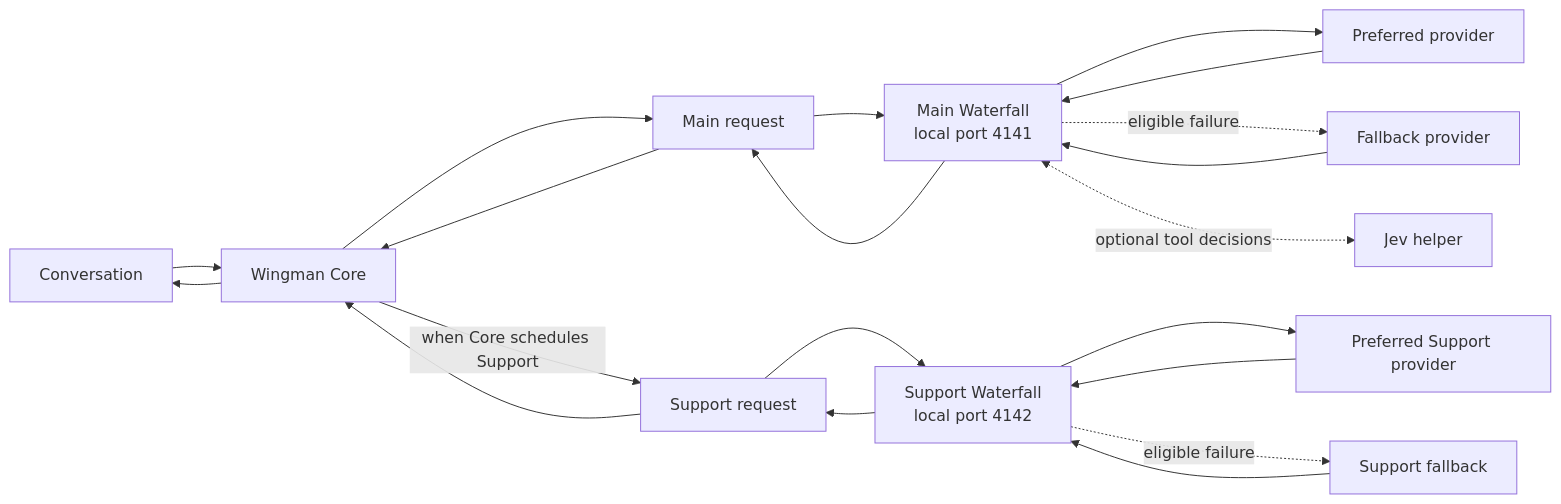
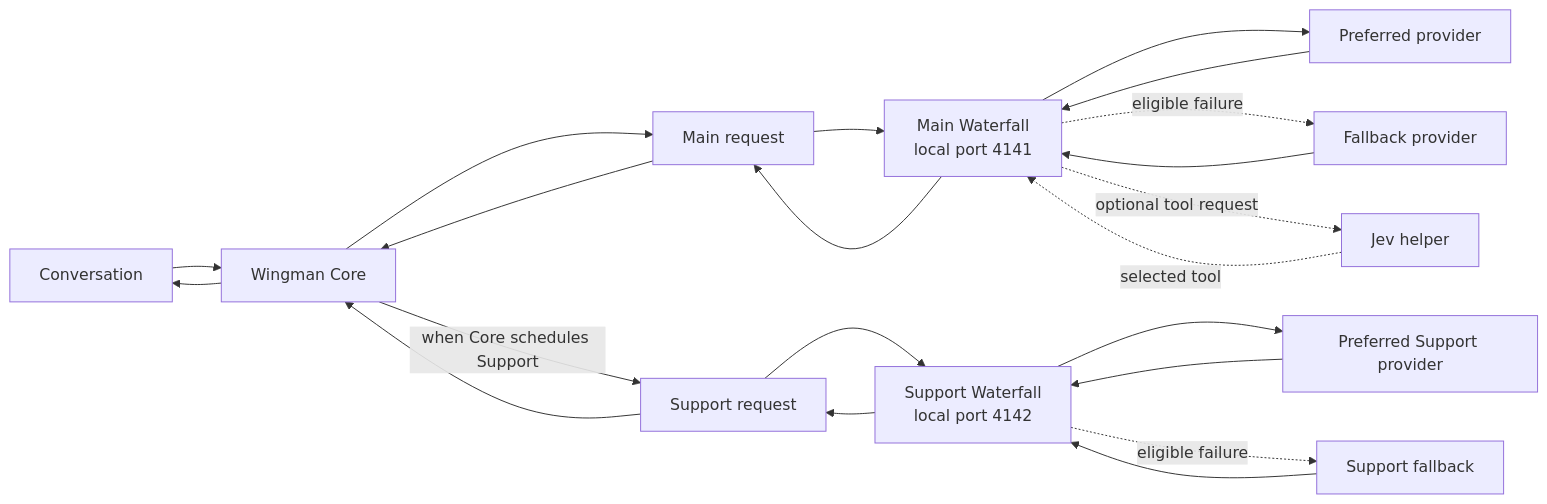
Before and after one commit to Fowlplaychiken/SC-Wingman-API-Waterfall: the diagram in README.md, drawn with Mermaid.

Commit message:
Clarify optional decision request and result flow

````diff
--- a/README.md
+++ b/README.md
@@ -14,22 +14,23 @@
 ```mermaid
 flowchart LR
     U[Conversation] --> C[Wingman Core]
     C --> M[Main request]
     M --> MAPI[Main Waterfall<br/>local port 4141]
     MAPI --> MP[Preferred provider]
     MAPI -. eligible failure .-> MB[Fallback provider]
     MP --> MAPI
     MB --> MAPI
     MAPI --> M
     M --> C
     C -->|when Core schedules Support| S[Support request]
     S --> SAPI[Support Waterfall<br/>local port 4142]
     SAPI --> SP[Preferred Support provider]
     SAPI -. eligible failure .-> SB[Support fallback]
     SP --> SAPI
     SB --> SAPI
     SAPI --> S
     S --> C
     C --> U
-    MAPI <-. optional tool decisions .-> J[Jev helper]
+    MAPI -. optional tool request .-> J[Jev helper]
+    J -. selected tool .-> MAPI
 ```
````
